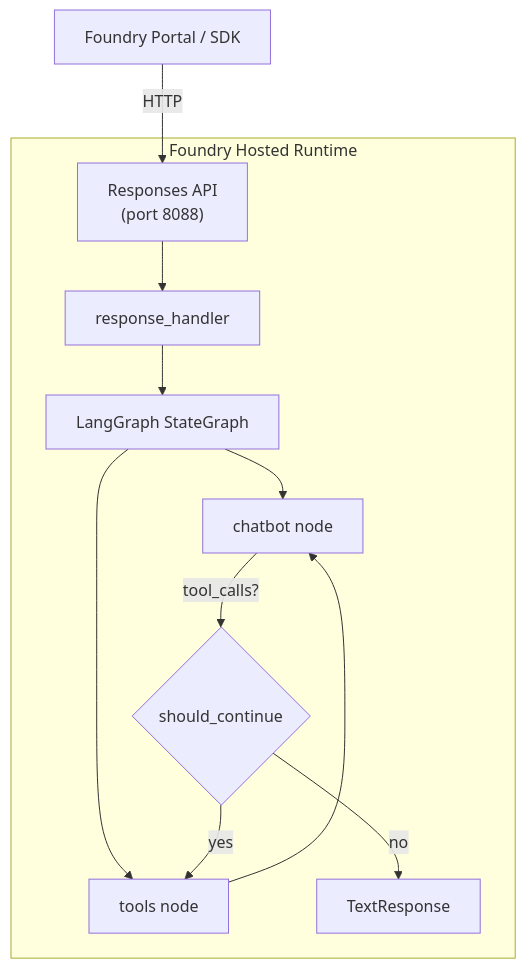
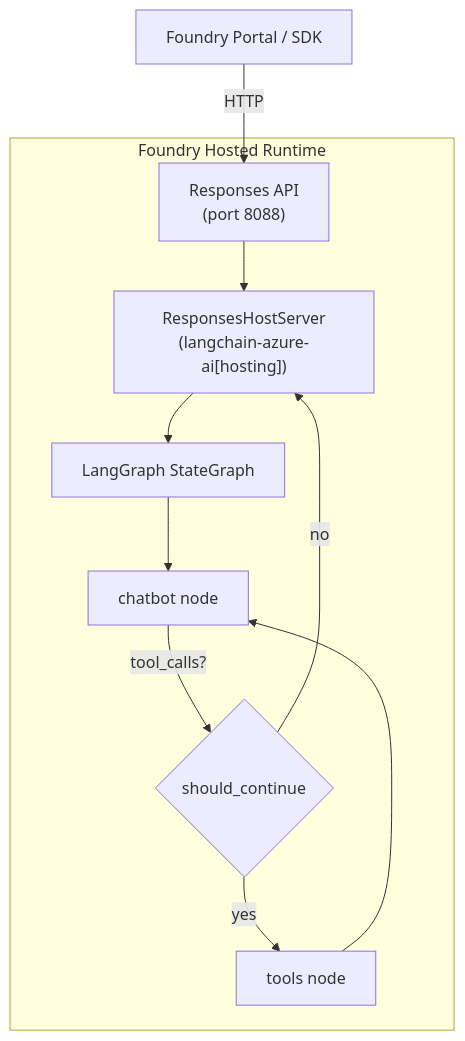
The diagram in docs/03-langgraph-hosted-agent.md (beyondelastic/foundry-advanced-workshop), drawn with Mermaid before and after one commit. The commit also changed other lines of this file and 6 other files, not shown here.

Commit message:
Refactor LangGraph hosted agent implementation: replace manual adapter with ResponsesHostServer, update Dockerfile to use Python 3.13, remove deprecated agent.yaml and azure.yaml, and enhance requirements.txt for better dependency management.

````diff
--- a/docs/03-langgraph-hosted-agent.md
+++ b/docs/03-langgraph-hosted-agent.md
@@ -31,14 +37,13 @@
 ```mermaid
 flowchart TB
     subgraph "Foundry Hosted Runtime"
-        API["Responses API<br/>(port 8088)"] --> Handler["response_handler"]
-        Handler --> Graph["LangGraph StateGraph"]
+        API["Responses API<br/>(port 8088)"] --> Host["ResponsesHostServer<br/>(langchain-azure-ai[hosting])"]
+        Host --> Graph["LangGraph StateGraph"]
         Graph --> Chatbot["chatbot node"]
-        Graph --> Tools["tools node"]
         Chatbot -->|tool_calls?| Route{"should_continue"}
-        Route -->|yes| Tools
-        Route -->|no| Response["TextResponse"]
+        Route -->|yes| Tools["tools node"]
+        Route -->|no| Host
         Tools --> Chatbot
     end
     Client["Foundry Portal / SDK"] -->|HTTP| API
 ```
````
